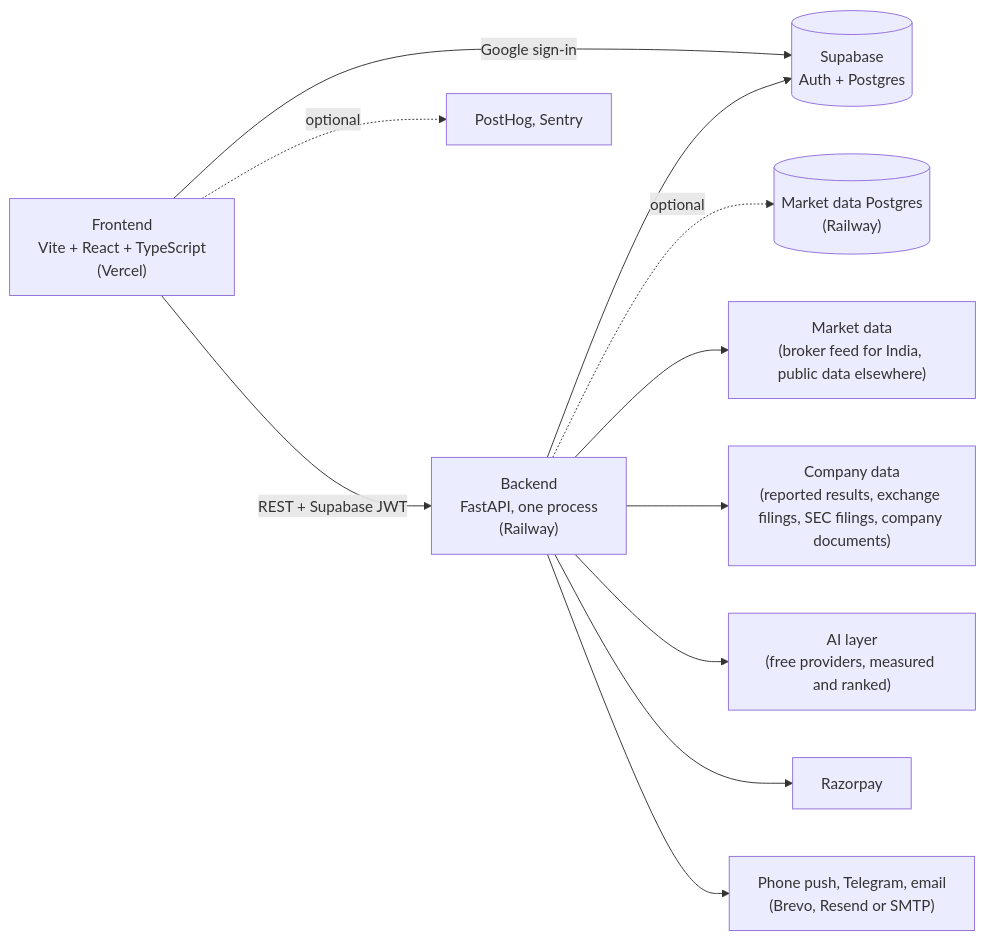
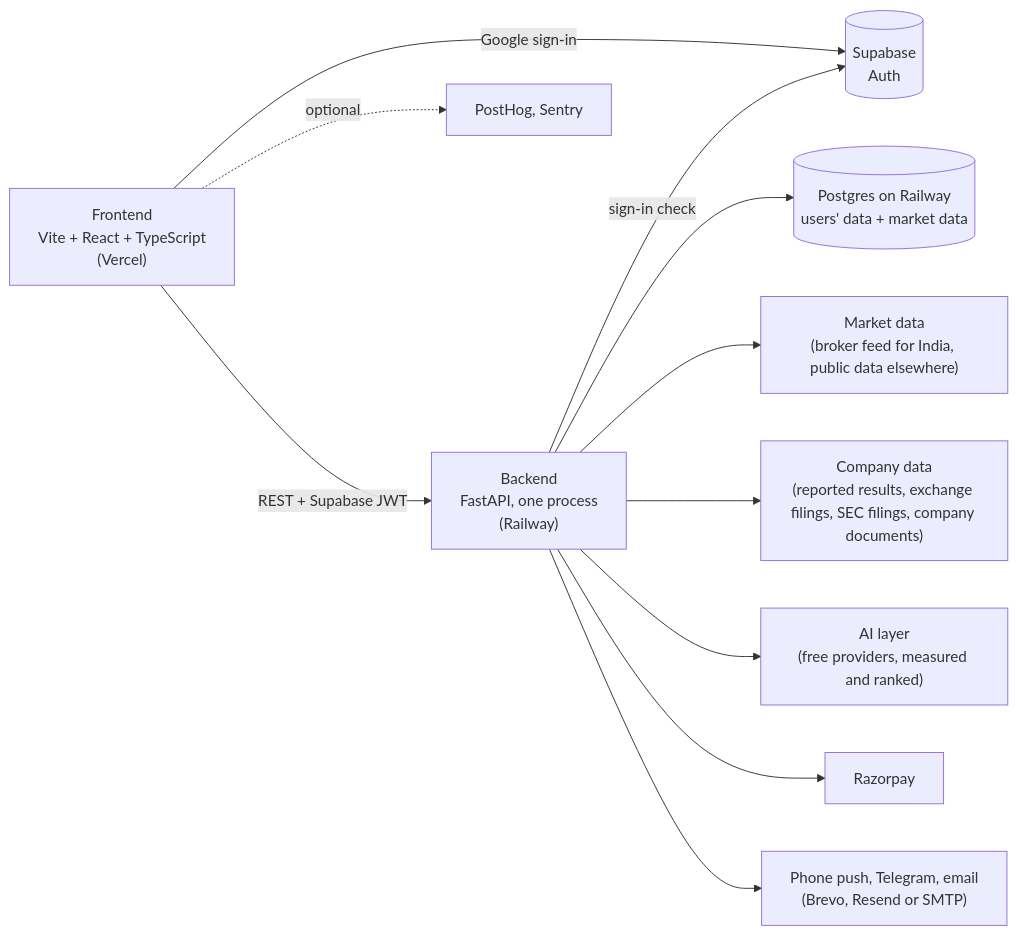
The diagram in README.md (prakul1982/stratlab), drawn with Mermaid before and after one commit. The commit also changed other lines of this file and 11 other files, not shown here.

````diff
--- a/README.md
+++ b/README.md
@@ -177,13 +177,13 @@
 ```mermaid
 flowchart LR
     UI["Frontend<br/>Vite + React + TypeScript<br/>(Vercel)"] -- "REST + Supabase JWT" --> API["Backend<br/>FastAPI, one process<br/>(Railway)"]
-    UI -- "Google sign-in" --> SB[("Supabase<br/>Auth + Postgres")]
-    API --> SB
-    API -. "optional" .-> MDB[("Market data Postgres<br/>(Railway)")]
+    UI -- "Google sign-in" --> SB[("Supabase<br/>Auth")]
+    API -- "sign-in check" --> SB
+    API --> MDB[("Postgres on Railway<br/>users' data + market data")]
     API --> MD["Market data<br/>(broker feed for India, public data elsewhere)"]
     API --> CO["Company data<br/>(reported results, exchange filings, SEC filings, company documents)"]
     API --> AI["AI layer<br/>(free providers, measured and ranked)"]
     API --> PAY["Razorpay"]
     API --> OUT["Phone push, Telegram, email<br/>(Brevo, Resend or SMTP)"]
     UI -. "optional" .-> PH["PostHog, Sentry"]
 ```
````
